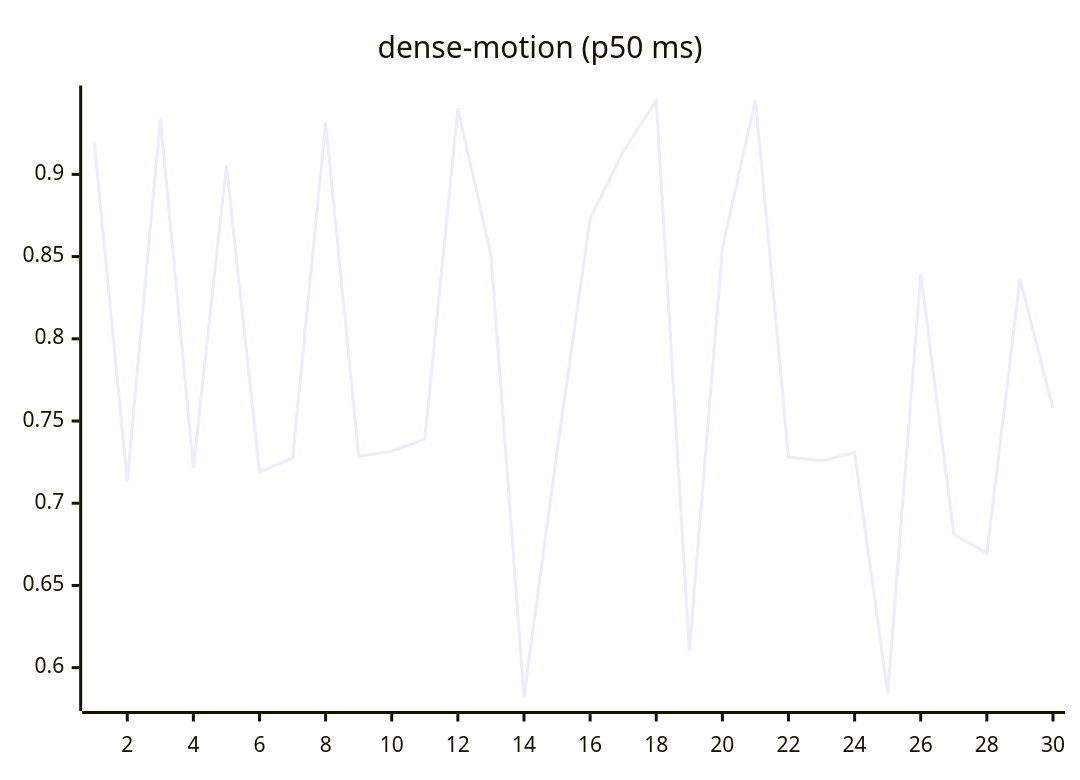
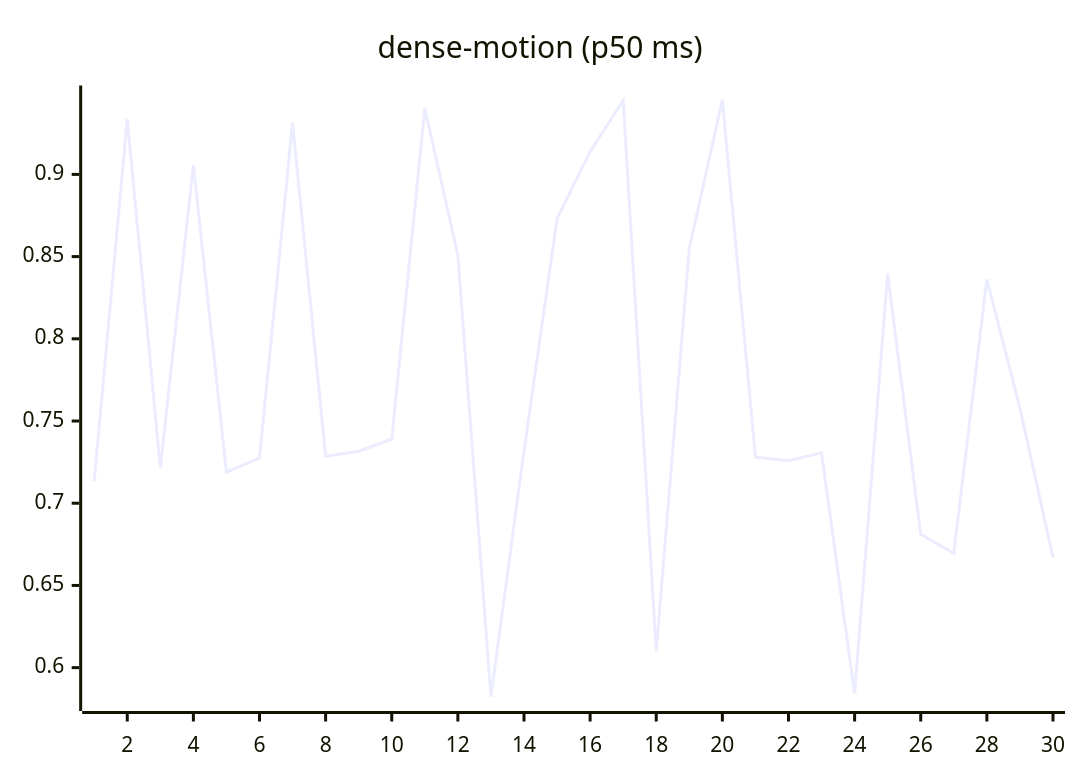
The ninth of 27 diagrams in README.md (josha/Facet), drawn with Mermaid before and after one commit. The commit also changed other lines of this file and 2 other files, not shown here.

````diff
--- a/README.md
+++ b/README.md
@@ -119,6 +119,6 @@
 ```mermaid
 xychart-beta
     title "dense-motion (p50 ms)"
     x-axis 1 --> 30
-    line [0.9196, 0.7134, 0.9338, 0.7216, 0.9055, 0.7190, 0.7274, 0.9314, 0.7286, 0.7316, 0.7389, 0.9402, 0.8508, 0.5823, 0.7317, 0.8731, 0.9139, 0.9448, 0.6101, 0.8549, 0.9454, 0.7280, 0.7259, 0.7307, 0.5841, 0.8396, 0.6811, 0.6696, 0.8361, 0.7579]
+    line [0.7134, 0.9338, 0.7216, 0.9055, 0.7190, 0.7274, 0.9314, 0.7286, 0.7316, 0.7389, 0.9402, 0.8508, 0.5823, 0.7317, 0.8731, 0.9139, 0.9448, 0.6101, 0.8549, 0.9454, 0.7280, 0.7259, 0.7307, 0.5841, 0.8396, 0.6811, 0.6696, 0.8361, 0.7579, 0.6670]
 ```
````
